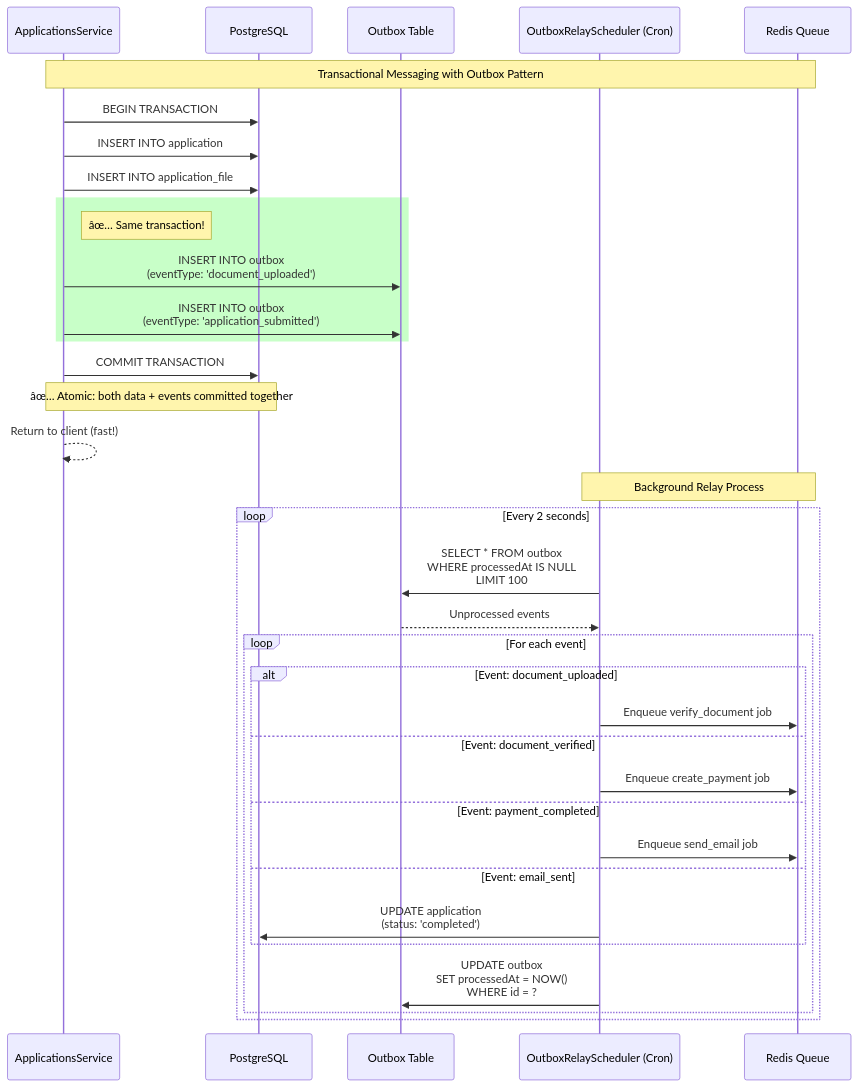
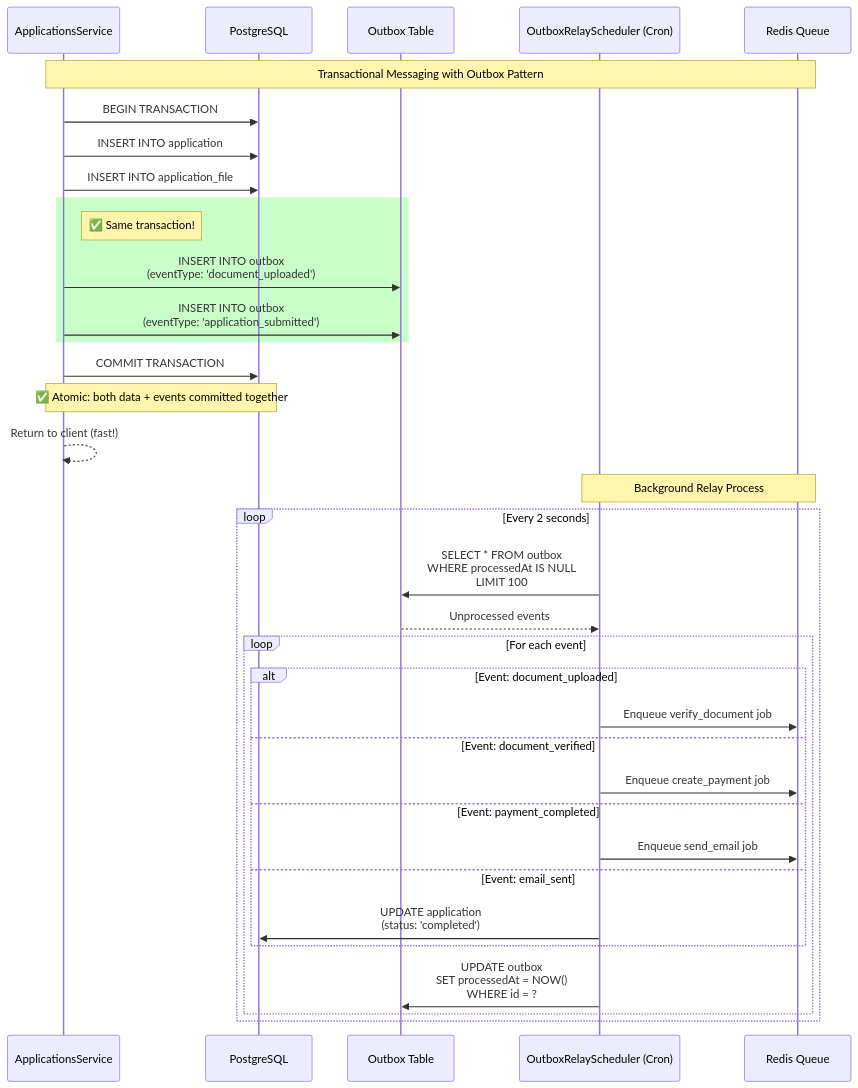
One commit to huytu0702/university_admission_portal changed the sixth of 11 diagrams in backend/docs/SYSTEM_FLOW_AFTER_PATTERNS.md. Above: the diagram before and after it, drawn with Mermaid. The commit also changed other lines of this file, not shown here.

````diff
--- a/backend/docs/SYSTEM_FLOW_AFTER_PATTERNS.md
+++ b/backend/docs/SYSTEM_FLOW_AFTER_PATTERNS.md
@@ -680,46 +680,46 @@
 ```mermaid
 sequenceDiagram
     participant Service as ApplicationsService
     participant DB as PostgreSQL
     participant OutboxTable as Outbox Table
     participant Scheduler as OutboxRelayScheduler (Cron)
     participant Queue as Redis Queue
     
     Note over Service,Queue: Transactional Messaging with Outbox Pattern
     
     Service->>DB: BEGIN TRANSACTION
     Service->>DB: INSERT INTO application
     Service->>DB: INSERT INTO application_file
     
     rect rgb(200, 255, 200)
-    Note right of Service: âœ… Same transaction!
+    Note right of Service: ✅ Same transaction!
     Service->>OutboxTable: INSERT INTO outbox<br/>(eventType: 'document_uploaded')
     Service->>OutboxTable: INSERT INTO outbox<br/>(eventType: 'application_submitted')
     end
     
     Service->>DB: COMMIT TRANSACTION
-    Note over Service,DB: âœ… Atomic: both data + events committed together
+    Note over Service,DB: ✅ Atomic: both data + events committed together
     
     Service-->>Service: Return to client (fast!)
     
     Note over Scheduler,Queue: Background Relay Process
     
     loop Every 2 seconds
         Scheduler->>OutboxTable: SELECT * FROM outbox<br/>WHERE processedAt IS NULL<br/>LIMIT 100
         OutboxTable-->>Scheduler: Unprocessed events
         
         loop For each event
             alt Event: document_uploaded
                 Scheduler->>Queue: Enqueue verify_document job
             else Event: document_verified
                 Scheduler->>Queue: Enqueue create_payment job
             else Event: payment_completed
                 Scheduler->>Queue: Enqueue send_email job
             else Event: email_sent
                 Scheduler->>DB: UPDATE application<br/>(status: 'completed')
             end
             
             Scheduler->>OutboxTable: UPDATE outbox<br/>SET processedAt = NOW()<br/>WHERE id = ?
         end
     end
 ```
````
